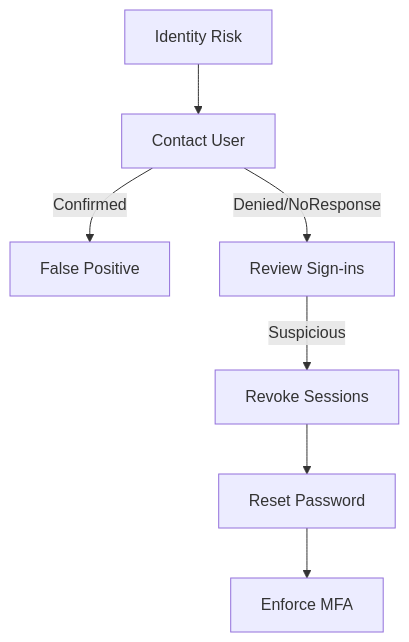
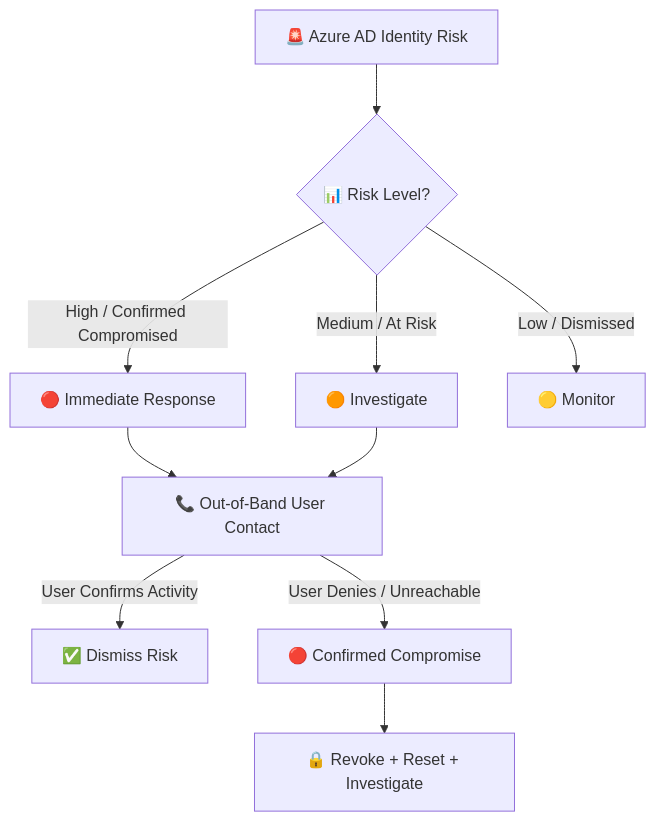
One commit to nutthakorn7/SOC-SOP changed the diagram in 05_Incident_Response/Playbooks/Azure_AD_Compromise.en.md. Above: the diagram before and after it, drawn with Mermaid. The commit also changed other lines of this file and 4 other files, not shown here.

First line of the commit message:
feat: expand final 5 playbooks — batch 5 (Shadow IT, Mobile, MFA Bypass, API Abuse, Azure AD)

````diff
--- a/05_Incident_Response/Playbooks/Azure_AD_Compromise.en.md
+++ b/05_Incident_Response/Playbooks/Azure_AD_Compromise.en.md
@@ -14,9 +13,12 @@
 ```mermaid
 graph TD
-    Alert[Identity Risk] --> User[Contact User]
-    User -->|Confirmed| False[False Positive]
-    User -->|Denied/NoResponse| Logs[Review Sign-ins]
-    Logs -->|Suspicious| Revoke[Revoke Sessions]
-    Revoke --> Reset[Reset Password]
-    Reset --> EnforceMFA[Enforce MFA]
+    Alert["🚨 Azure AD Identity Risk"] --> Risk{"📊 Risk Level?"}
+    Risk -->|High / Confirmed Compromised| High["🔴 Immediate Response"]
+    Risk -->|Medium / At Risk| Medium["🟠 Investigate"]
+    Risk -->|Low / Dismissed| Low["🟡 Monitor"]
+    High --> Contact["📞 Out-of-Band User Contact"]
+    Medium --> Contact
+    Contact -->|User Confirms Activity| Legit["✅ Dismiss Risk"]
+    Contact -->|User Denies / Unreachable| Compromised["🔴 Confirmed Compromise"]
+    Compromised --> Revoke["🔒 Revoke + Reset + Investigate"]
 ```
````
